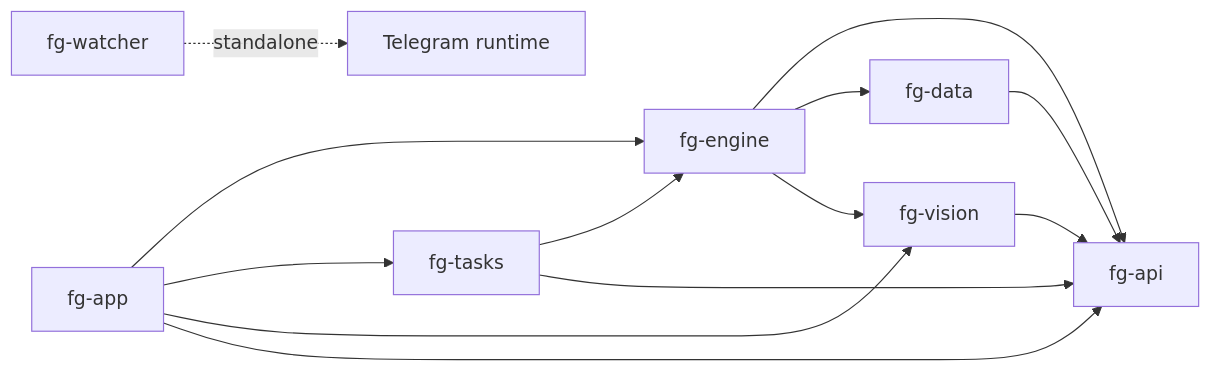
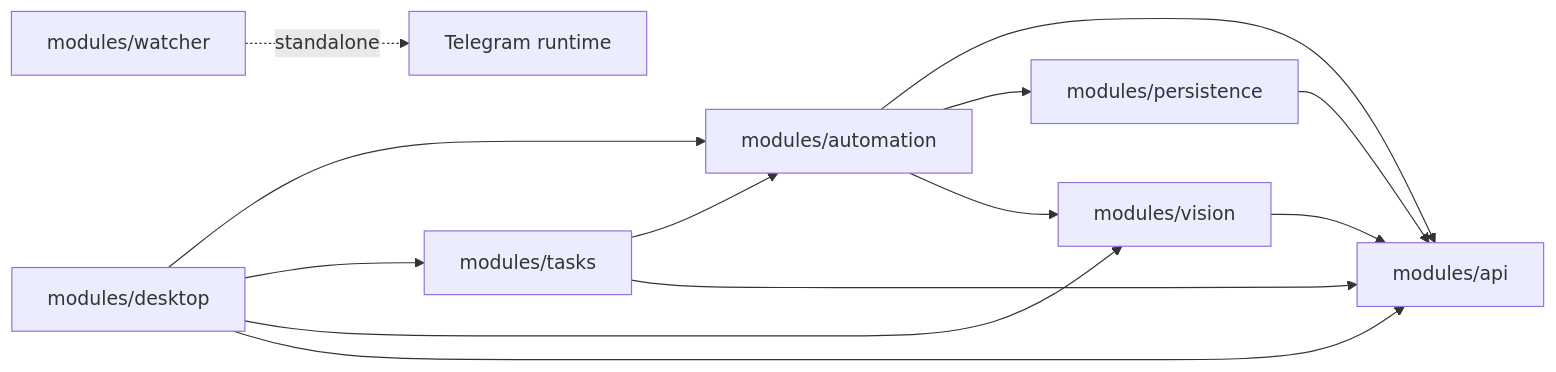
One commit to Shederator/wosbot changed the second of 4 diagrams in docs/architecture.md. Above: the diagram before and after it, drawn with Mermaid. The commit also changed other lines of this file and 951 other files, not shown here.

````diff
--- a/docs/architecture.md
+++ b/docs/architecture.md
@@ -32,18 +33,18 @@
 ```mermaid
 flowchart LR
-    fg_app[fg-app] --> fg_engine[fg-engine]
-    fg_app --> fg_tasks[fg-tasks]
-    fg_app --> fg_vision[fg-vision]
-    fg_app --> fg_api[fg-api]
+    fg_app[modules/desktop] --> fg_engine[modules/automation]
+    fg_app --> fg_tasks[modules/tasks]
+    fg_app --> fg_vision[modules/vision]
+    fg_app --> fg_api[modules/api]
 
     fg_tasks --> fg_engine
     fg_tasks --> fg_api
 
     fg_engine --> fg_api
-    fg_engine --> fg_data[fg-data]
+    fg_engine --> fg_data[modules/persistence]
     fg_engine --> fg_vision
 
     fg_data --> fg_api
     fg_vision --> fg_api
-    fg_watcher[fg-watcher] -. standalone .-> watcher_runtime[Telegram runtime]
+    fg_watcher[modules/watcher] -. standalone .-> watcher_runtime[Telegram runtime]
 ```
````
